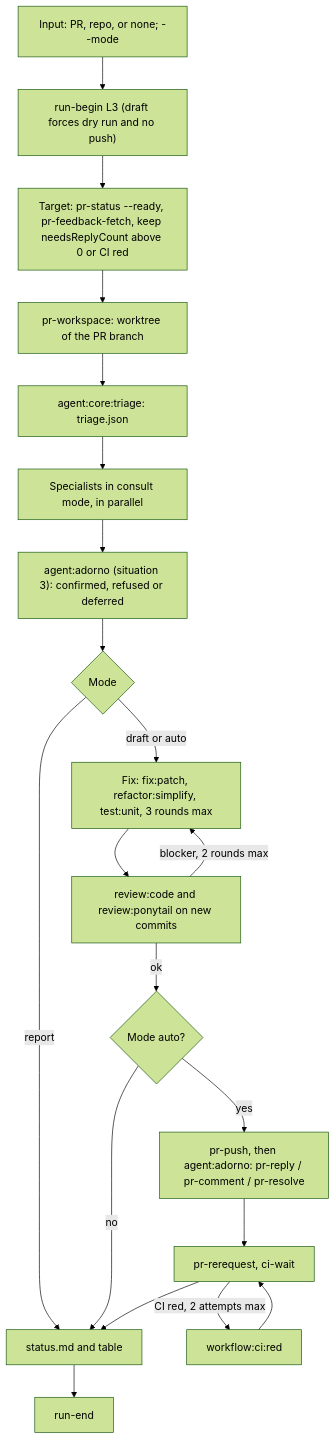
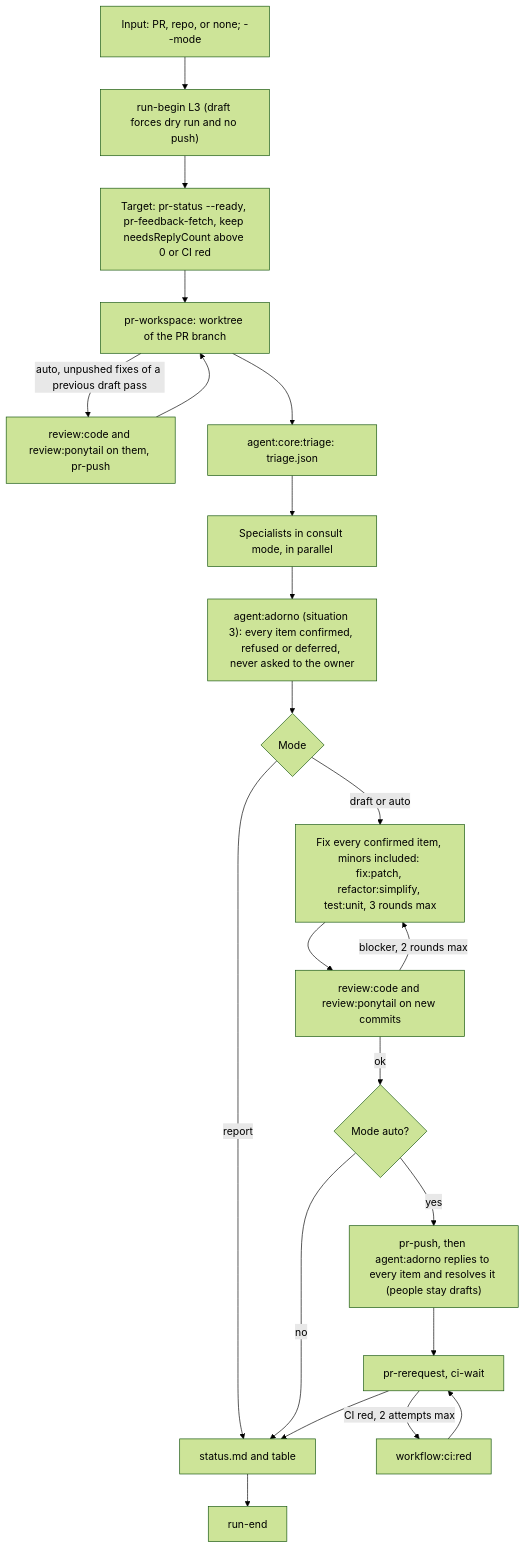
Before and after one commit to nicolasmondain/adorno: the first of 2 diagrams in src/workflows/review/SCHEMA.md, drawn with Mermaid (forest theme). The commit also changed 16 other files, not shown here.

First line of the commit message:
feat(workflows): let review:received rule, fix and resolve every thread without asking

````diff
--- a/src/workflows/review/SCHEMA.md
+++ b/src/workflows/review/SCHEMA.md
@@ -5,22 +5,24 @@
 ```mermaid
 flowchart TD
   A["Input: PR, repo, or none; --mode"] --> B["run-begin L3 (draft forces dry run and no push)"]
   B --> C["Target: pr-status --ready, pr-feedback-fetch, keep needsReplyCount above 0 or CI red"]
   C --> D["pr-workspace: worktree of the PR branch"]
+  D -->|"auto, unpushed fixes of a previous draft pass"| DP["review:code and review:ponytail on them, pr-push"]
+  DP --> D
   D --> E["agent:core:triage: triage.json"]
   E --> F["Specialists in consult mode, in parallel"]
-  F --> G["agent:adorno (situation 3): confirmed, refused or deferred"]
+  F --> G["agent:adorno (situation 3): every item confirmed, refused or deferred, never asked to the owner"]
   G --> H{"Mode"}
   H -->|"report"| N["status.md and table"]
-  H -->|"draft or auto"| I["Fix: fix:patch, refactor:simplify, test:unit, 3 rounds max"]
+  H -->|"draft or auto"| I["Fix every confirmed item, minors included: fix:patch, refactor:simplify, test:unit, 3 rounds max"]
   I --> J["review:code and review:ponytail on new commits"]
   J -->|"blocker, 2 rounds max"| I
   J -->|"ok"| K{"Mode auto?"}
   K -->|"no"| N
-  K -->|"yes"| L["pr-push, then agent:adorno: pr-reply / pr-comment / pr-resolve"]
+  K -->|"yes"| L["pr-push, then agent:adorno replies to every item and resolves it (people stay drafts)"]
   L --> M["pr-rerequest, ci-wait"]
   M -->|"CI red, 2 attempts max"| R["workflow:ci:red"]
   R --> M
   M --> N
   N --> O["run-end"]
 ```
````
